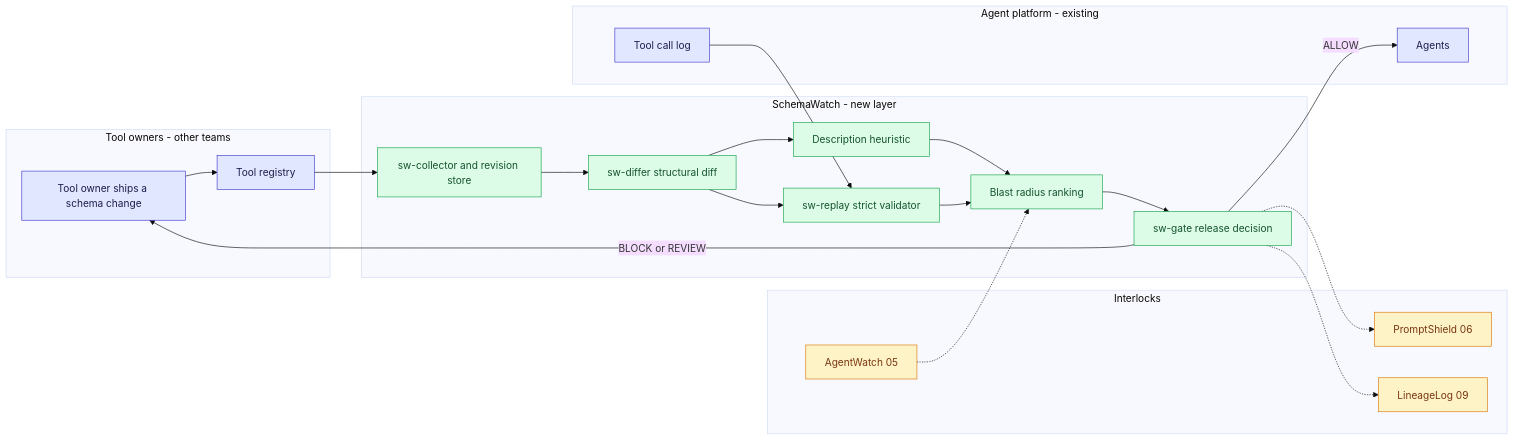
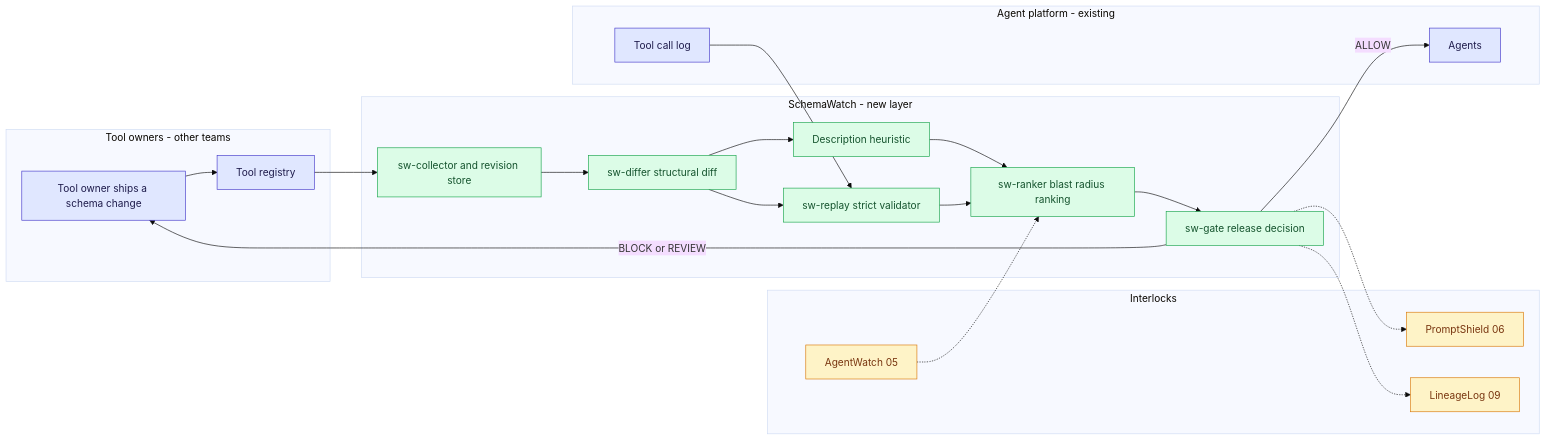
The first of 2 diagrams in 15-schemawatch-tool-schema-drift/README.md (Vj-shipped-anyway/ai-pm-portfolio), drawn with Mermaid (base theme) before and after one commit. The commit also changed other lines of this file and 2 other files, not shown here.

First line of the commit message:
SchemaWatch (tool-schema drift detection): fix the validator scope, the release-path count and the gate claim

````diff
--- a/15-schemawatch-tool-schema-drift/README.md
+++ b/15-schemawatch-tool-schema-drift/README.md
@@ -432,49 +432,49 @@
 ```mermaid
 flowchart LR
     subgraph OWNERS["Tool owners - other teams"]
         OWNER["Tool owner ships a schema change"]
         REG["Tool registry"]
     end
 
     subgraph SW["SchemaWatch - new layer"]
         COLLECT["sw-collector and revision store"]
         DIFF["sw-differ structural diff"]
         HEUR["Description heuristic"]
         REPLAY["sw-replay strict validator"]
-        RANK["Blast radius ranking"]
+        RANK["sw-ranker blast radius ranking"]
         GATE["sw-gate release decision"]
     end
 
     subgraph AGENT["Agent platform - existing"]
         LOG["Tool call log"]
         AGENTS["Agents"]
     end
 
     subgraph LINKS["Interlocks"]
         AW["AgentWatch 05"]
         PS["PromptShield 06"]
         LL["LineageLog 09"]
     end
 
     OWNER --> REG
     REG --> COLLECT
     COLLECT --> DIFF
     DIFF --> HEUR
     DIFF --> REPLAY
     LOG --> REPLAY
     HEUR --> RANK
     REPLAY --> RANK
     RANK --> GATE
     GATE -->|BLOCK or REVIEW| OWNER
     GATE -->|ALLOW| AGENTS
     AW -.-> RANK
     GATE -.-> PS
     GATE -.-> LL
 
     classDef existing fill:#e0e7ff,stroke:#4338ca,color:#1e1b4b
     classDef added fill:#dcfce7,stroke:#16a34a,color:#14532d
     classDef link fill:#fef3c7,stroke:#d97706,color:#78350f
     class OWNER,REG,LOG,AGENTS existing
     class COLLECT,DIFF,HEUR,REPLAY,RANK,GATE added
     class AW,PS,LL link
 ```
````
